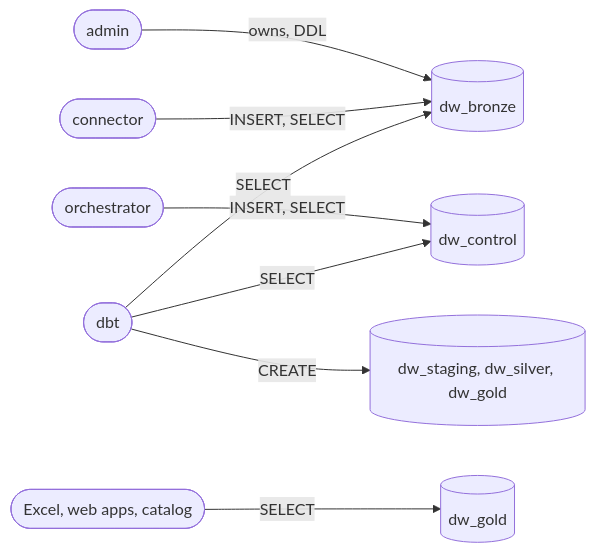
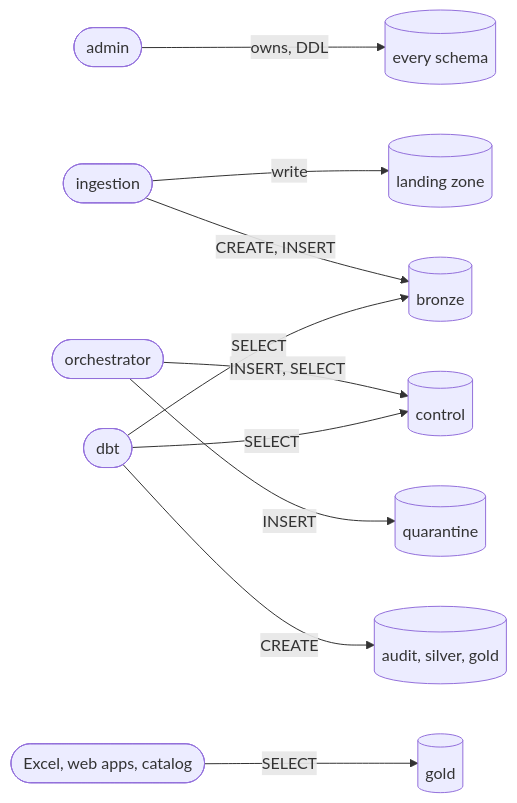
The seventh of 8 diagrams in docs/ARCHITECTURE_PROPOSAL.md (le1douglas/DataWarehouse), drawn with Mermaid before and after one commit. The commit also changed other lines of this file, not shown here.

Commit message:
start of architectural plan

````diff
--- a/docs/ARCHITECTURE_PROPOSAL.md
+++ b/docs/ARCHITECTURE_PROPOSAL.md
@@ -147,10 +239,12 @@
 ```mermaid
 flowchart LR
-    admin(["admin"]) -->|owns, DDL| bronze[("dw_bronze")]
-    conn(["connector"]) -->|INSERT, SELECT| bronze
-    orch(["orchestrator"]) -->|INSERT, SELECT| ctl[("dw_control")]
+    admin(["admin"]) -->|owns, DDL| all[("every schema")]
+    ingest(["ingestion"]) -->|write| landing[("landing zone")]
+    ingest -->|CREATE, INSERT| bronze[("bronze")]
+    orch(["orchestrator"]) -->|INSERT, SELECT| ctl[("control")]
+    orch -->|INSERT| quar[("quarantine")]
     dbt(["dbt"]) -->|SELECT| bronze
     dbt -->|SELECT| ctl
-    dbt -->|CREATE| out[("dw_staging, dw_silver, dw_gold")]
-    readers(["Excel, web apps, catalog"]) -->|SELECT| gold[("dw_gold")]
+    dbt -->|CREATE| out[("audit, silver, gold")]
+    readers(["Excel, web apps, catalog"]) -->|SELECT| gold[("gold")]
 ```
````
